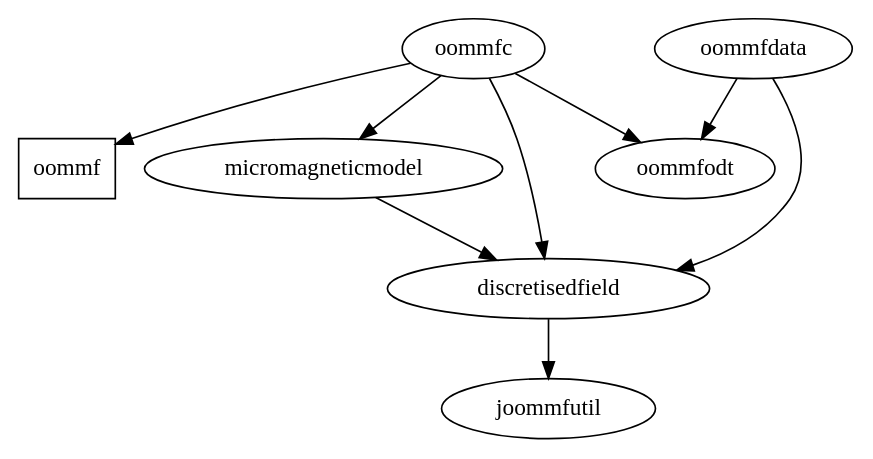
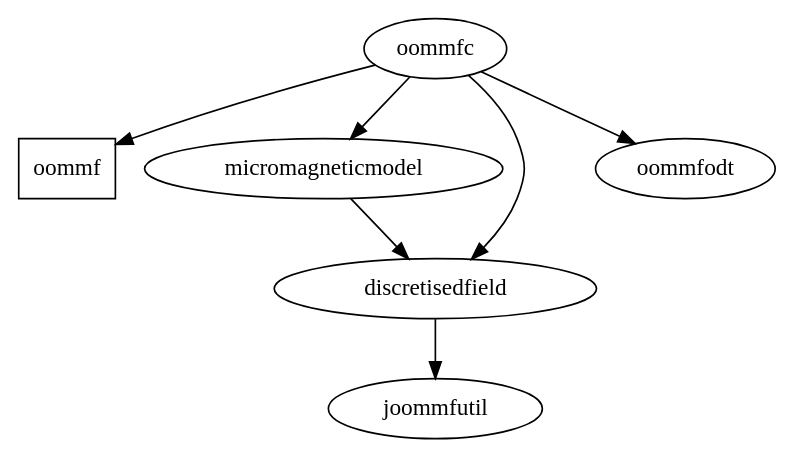
The diagram in dependencyplot.dot (joommf-attic/conda-recipes), drawn with Graphviz before and after one commit. The commit also changed 1 other file, not shown here.

Commit message:
Simplify dependencies by removing oommfdata

```diff
--- a/dependencyplot.dot
+++ b/dependencyplot.dot
@@ -1,14 +1,12 @@
 digraph graphname {
      graph [fontname = "inconsolata"];
      node [fontname = "inconsolata"];
      edge [fontname = "inconsolata"];
      oommf [shape=box];
      oommfc -> oommf;
      oommfc -> micromagneticmodel;
      oommfc -> discretisedfield;
      oommfc -> oommfodt;
-     oommfdata -> oommfodt;
-     oommfdata -> discretisedfield;
      micromagneticmodel -> discretisedfield;
      discretisedfield -> joommfutil;
  }
```
